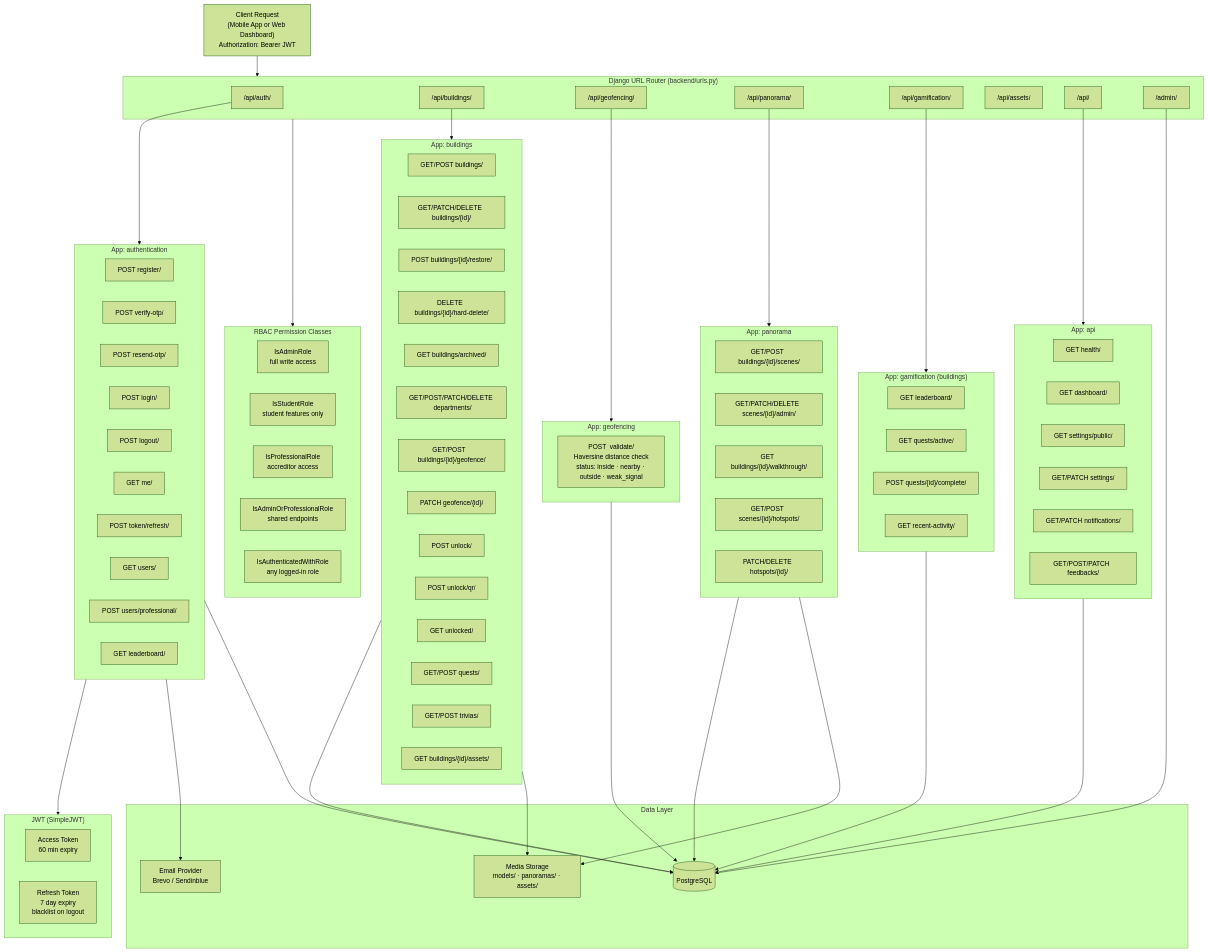
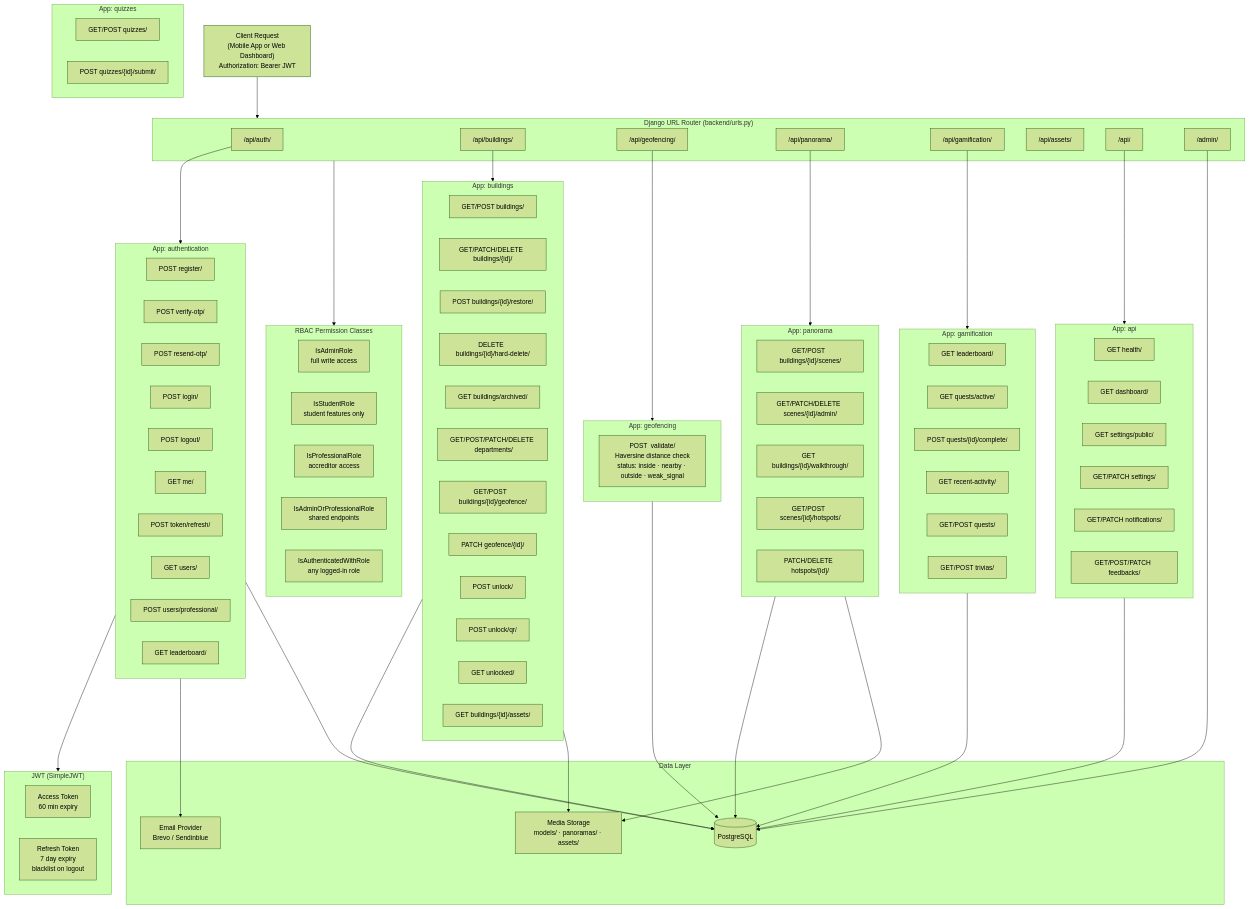
Before and after one commit to Cipher-Syntax/ARQuest: the third of 5 diagrams in system-architecture.md, drawn with Mermaid (forest theme). The commit also changed other lines of this file and 6 other files, not shown here.

Commit message:
docs: finalize architecture and conceptual docs after refactoring

```diff
--- a/system-architecture.md
+++ b/system-architecture.md
@@ -178,8 +180,6 @@
         EP_UNLOCK["POST  unlock/"]
         EP_UNLOCK_QR["POST  unlock/qr/"]
         EP_UNLOCKED["GET   unlocked/"]
-        EP_QUESTS["GET/POST  quests/"]
-        EP_TRIVIA["GET/POST  trivias/"]
         EP_ASSETS["GET  buildings/{id}/assets/"]
     end
 
@@ -195,11 +195,18 @@
         EP_P_HOT_D["PATCH/DELETE  hotspots/{id}/"]
     end
 
-    subgraph GAME_APP ["App: gamification (buildings)"]
+    subgraph GAME_APP ["App: gamification"]
         EP_G_LEAD["GET   leaderboard/"]
         EP_G_ACTIVE["GET   quests/active/"]
         EP_G_COMPLETE["POST  quests/{id}/complete/"]
         EP_G_RECENT["GET   recent-activity/"]
+        EP_QUESTS["GET/POST  quests/"]
+        EP_TRIVIA["GET/POST  trivias/"]
+    end
+
+    subgraph QUIZ_APP ["App: quizzes"]
+        EP_Q_LIST["GET/POST  quizzes/"]
+        EP_Q_SUBMIT["POST  quizzes/{id}/submit/"]
     end
 
     subgraph API_APP ["App: api"]
```
